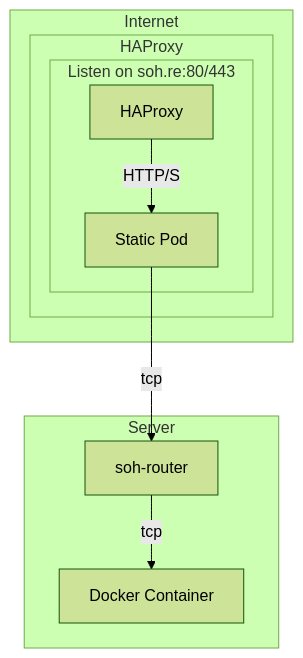
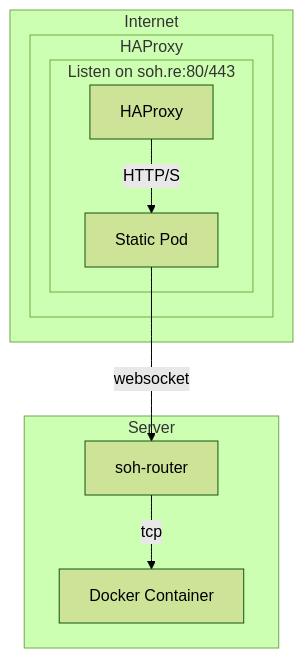
Before and after one commit to Jmainguy/soh-router: the diagram in README.md, drawn with Mermaid (forest theme).

````diff
--- a/README.md
+++ b/README.md
@@ -19,14 +19,14 @@
 ```mermaid
 graph TD;
     subgraph "Internet"
     subgraph "HAProxy"
         subgraph "Listen on soh.re:80/443"
             A[HAProxy] -->|HTTP/S| B[Static Pod]
         end
     end
     end
     subgraph "Server"
-        B -->|tcp| C[soh-router]
+        B -->|websocket| C[soh-router]
         C -->|tcp| D[Docker Container]
     end
 ```
````
